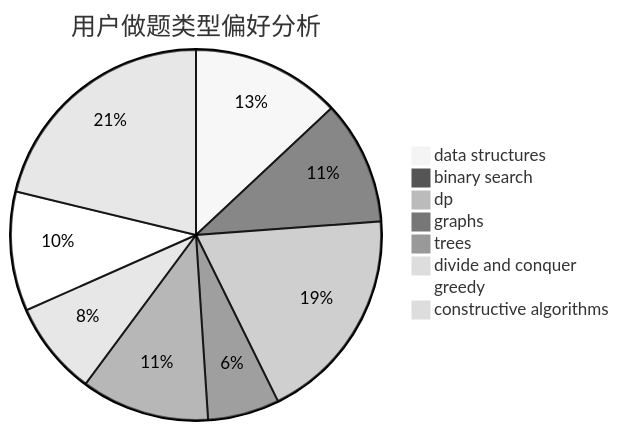
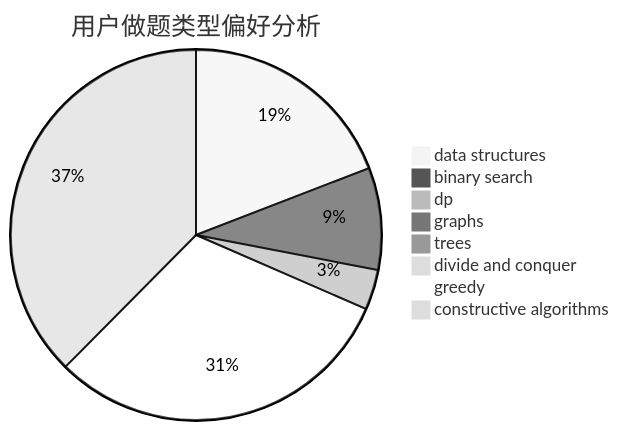
One commit to sherpahu/cfrs.github.io changed the second of 3 diagrams in docs/user/u153.md. Above: the diagram before and after it, drawn with Mermaid (neutral theme). The commit also changed other lines of this file and 2770 other files, not shown here.

````diff
--- a/docs/user/u153.md
+++ b/docs/user/u153.md
@@ -23,11 +23,11 @@
 ```mermaid
 pie title 用户做题类型偏好分析
-    "data structures" :  100
-    "binary search" :  83
-    "dp" :  145
-    "graphs" :  48
-    "trees" :  86
-    "divide and conquer" :  63
-    "greedy" :  80
-    "constructive algorithms" :  163
+    "data structures" :  361
+    "binary search" :  168
+    "dp" :  66
+    "graphs" :  4
+    "trees" :  18
+    "divide and conquer" :  0
+    "greedy" :  583
+    "constructive algorithms" :  709
 ```
````
